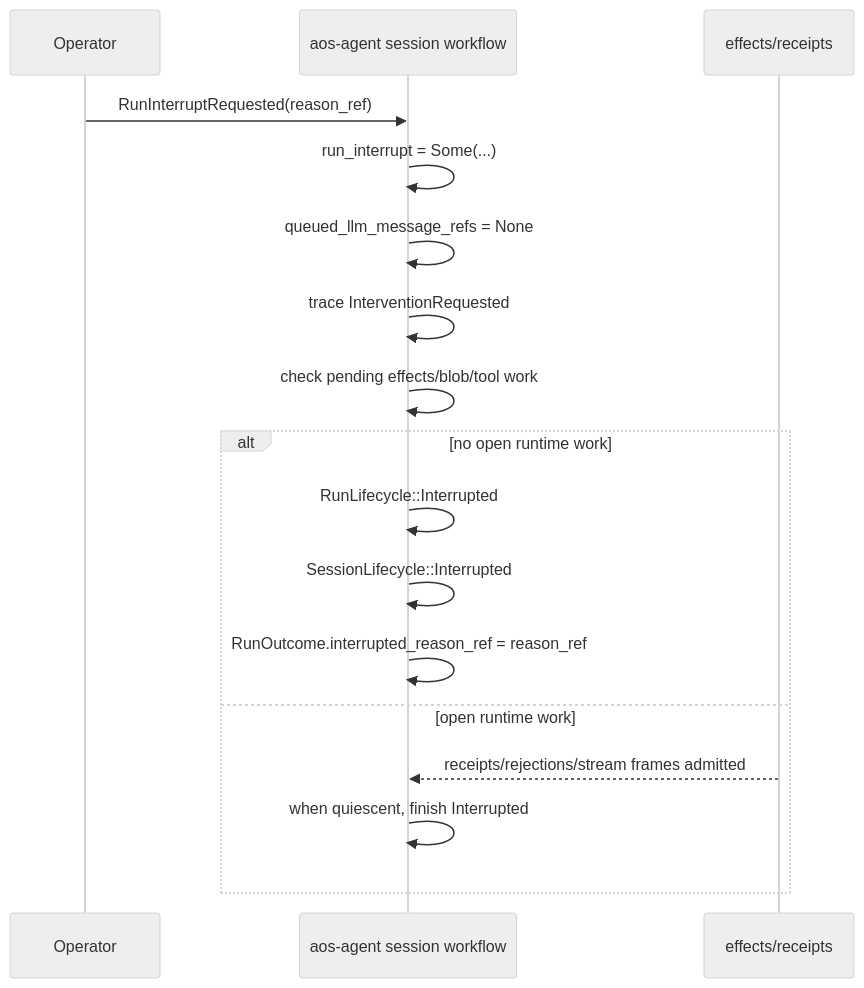
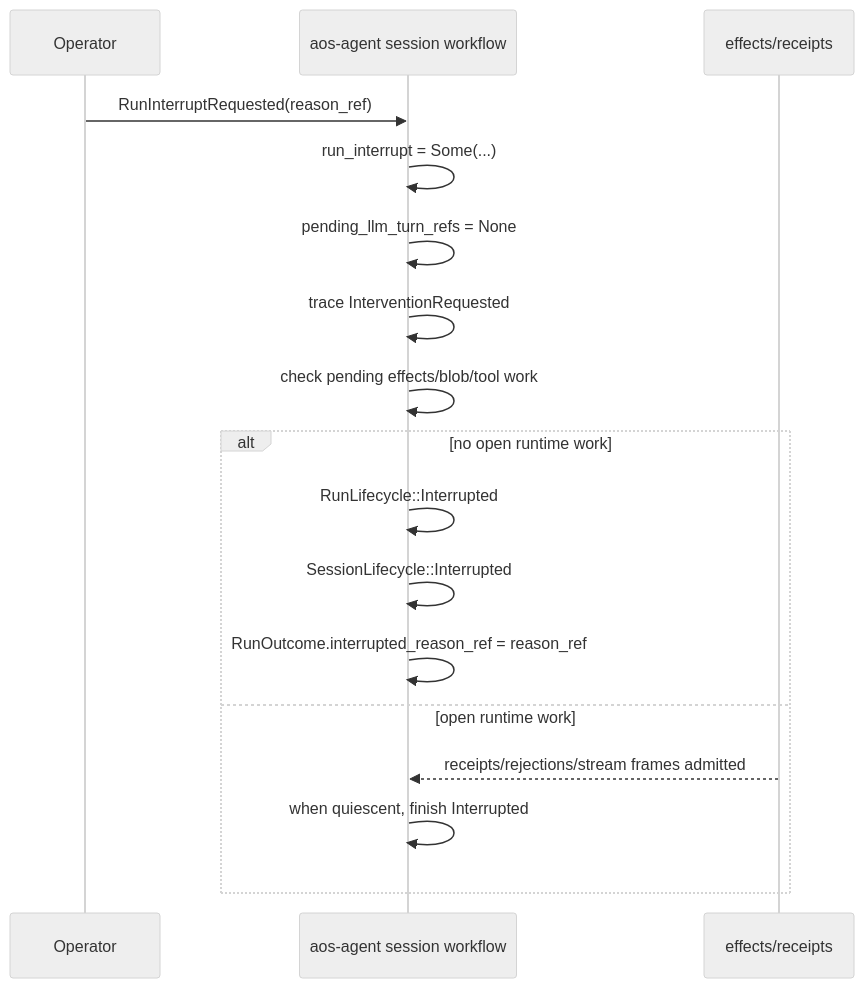
Diagram 21 of 22 in roadmap/v0.30-agent/visual-guide.md (smartcomputer-ai/agent-os), drawn with Mermaid (neutral theme) before and after one commit. The commit also changed other lines of this file and 15 other files, not shown here.

````diff
--- a/roadmap/v0.30-agent/visual-guide.md
+++ b/roadmap/v0.30-agent/visual-guide.md
@@ -1507,20 +1507,20 @@
 ```mermaid
 sequenceDiagram
   participant Operator
   participant Agent as aos-agent session workflow
   participant Runtime as effects/receipts
 
   Operator->>Agent: RunInterruptRequested(reason_ref)
   Agent->>Agent: run_interrupt = Some(...)
-  Agent->>Agent: queued_llm_message_refs = None
+  Agent->>Agent: pending_llm_turn_refs = None
   Agent->>Agent: trace InterventionRequested
   Agent->>Agent: check pending effects/blob/tool work
   alt no open runtime work
     Agent->>Agent: RunLifecycle::Interrupted
     Agent->>Agent: SessionLifecycle::Interrupted
     Agent->>Agent: RunOutcome.interrupted_reason_ref = reason_ref
   else open runtime work
     Runtime-->>Agent: receipts/rejections/stream frames admitted
     Agent->>Agent: when quiescent, finish Interrupted
   end
 ```
````
